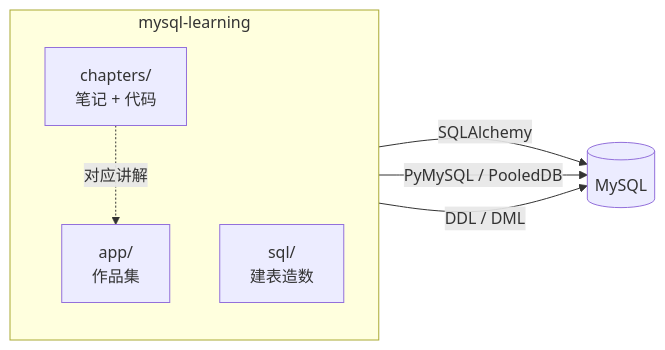
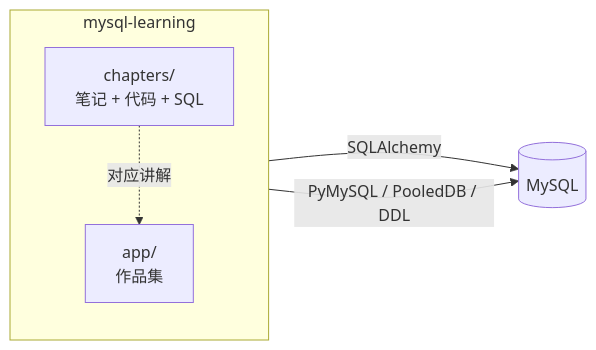
The second of 2 diagrams in docs/ARCHITECTURE.md (hqw77/mysql-learn), drawn with Mermaid before and after one commit. The commit also changed other lines of this file and 18 other files, not shown here.

First line of the commit message:
refactor: sql/ 按章归位 —— 第一章 SQL 脚本进 chapters/ch01/sql，建库脚本进 ch02

````diff
--- a/docs/ARCHITECTURE.md
+++ b/docs/ARCHITECTURE.md
@@ -200,14 +200,12 @@
 ```mermaid
 flowchart LR
     subgraph repo["mysql-learning"]
         direction TB
         app["app/<br/>作品集"]
-        chapters["chapters/<br/>笔记 + 代码"]
-        sql["sql/<br/>建表造数"]
+        chapters["chapters/<br/>笔记 + 代码 + SQL"]
     end
 
     app -->|SQLAlchemy| mysql[("MySQL")]
-    chapters -->|PyMySQL / PooledDB| mysql
-    sql -->|DDL / DML| mysql
+    chapters -->|PyMySQL / PooledDB / DDL| mysql
     chapters -.->|对应讲解| app
 ```
````
